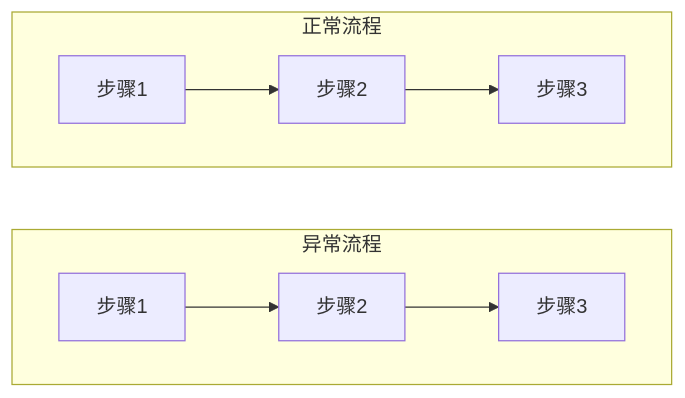
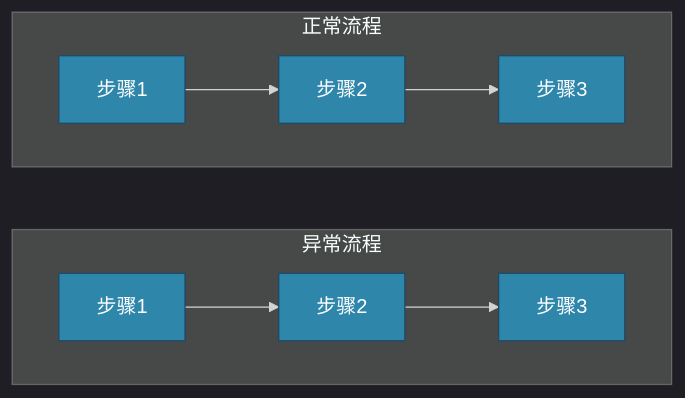
The first of 9 diagrams in skills/mermaid-flowchart-layout/SKILL.md (zxremail/cursor.config_mcp_rules_skills), drawn with Mermaid before and after one commit. The commit also changed other lines of this file and 3 other files, not shown here.

````diff
--- a/skills/mermaid-flowchart-layout/SKILL.md
+++ b/skills/mermaid-flowchart-layout/SKILL.md
@@ -62,21 +84,24 @@
 ```mermaid
+%%{init: {'theme': 'dark'}}%%
 flowchart TB
     subgraph 正常流程["正常流程"]
         direction LR
         A1["步骤1"]
         B1["步骤2"]
         C1["步骤3"]
     end
 
     subgraph 异常流程["异常流程"]
         direction LR
         A2["步骤1"]
         B2["步骤2"]
         C2["步骤3"]
     end
 
     正常流程 --- 异常流程
     A1 --> B1 --> C1
     A2 --> B2 --> C2
     linkStyle 0 opacity:0,stroke-width:0px
+    classDef n fill:#2E86AB,stroke:#1B4965,color:#FFFFFF
+    class A1,B1,C1,A2,B2,C2 n
 ```
````
